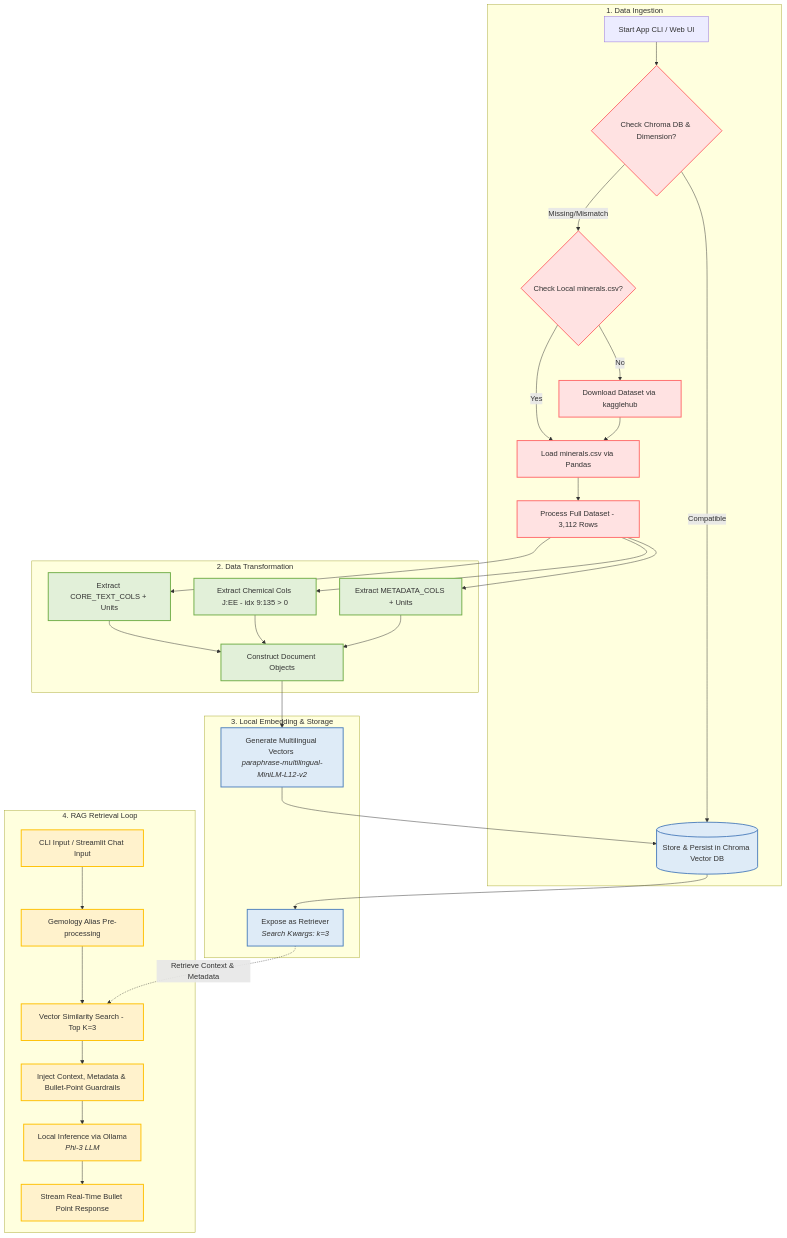
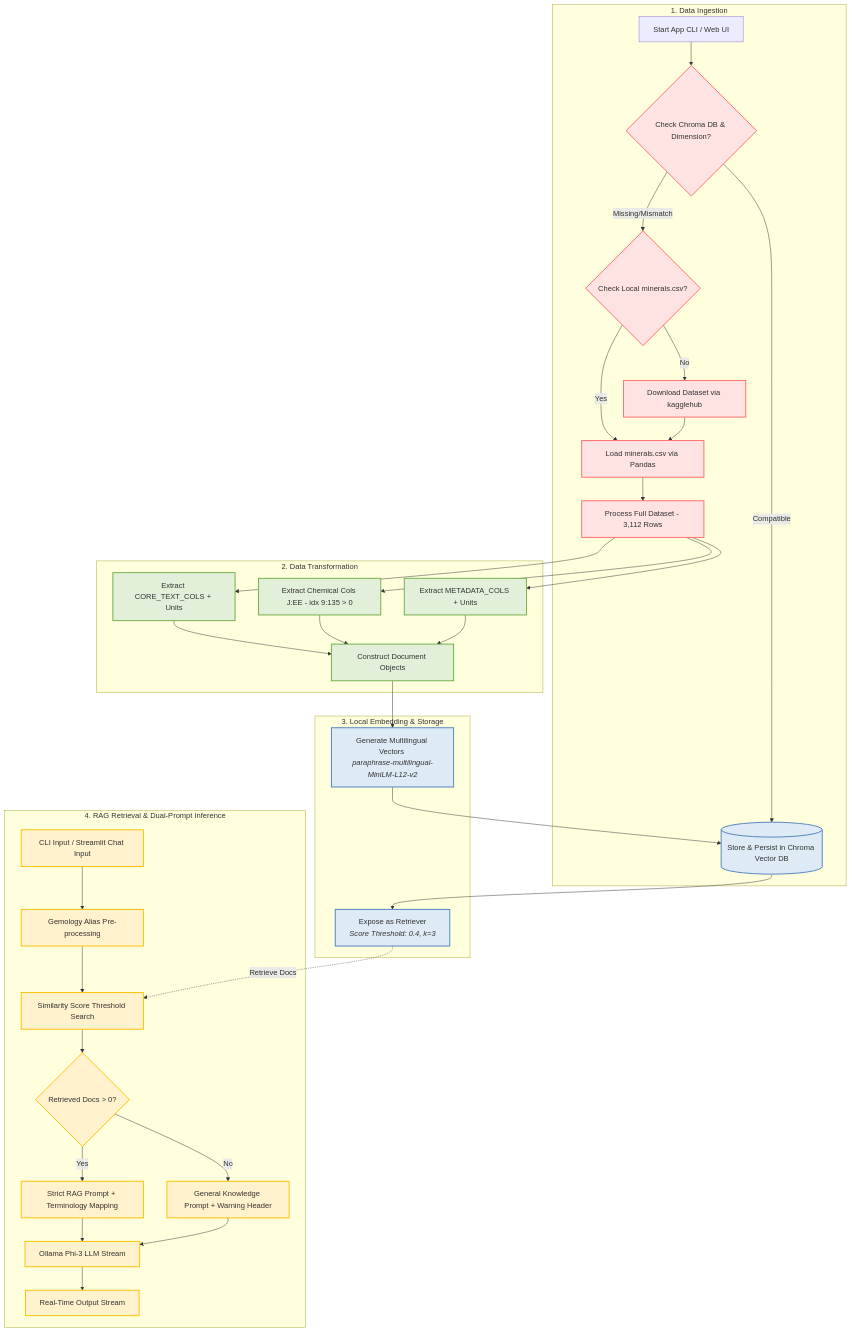
Before and after one commit to laura-chou/mineral-rag: the diagram in README.md, drawn with Mermaid. The commit also changed other lines of this file and 2 other files, not shown here.

Commit message:
Add similarity score threshold retriever (0.4) and conditional dual-prompt fallback logic in app.py and app_ui.py

````diff
--- a/README.md
+++ b/README.md
@@ -47,50 +50,53 @@
 ```mermaid
 graph TD
     %% System Styles
     classDef Ingestion fill:#FFE2E2,stroke:#FF6B6B,stroke-width:2px;
     classDef Transformation fill:#E2F0D9,stroke:#70AD47,stroke-width:2px;
     classDef Storage fill:#DEEBF7,stroke:#4F81BD,stroke-width:2px;
     classDef Inference fill:#FFF2CC,stroke:#FFC000,stroke-width:2px;
 
     %% Stage 1: Data Ingestion
     subgraph S1 [1. Data Ingestion]
         A[Start App CLI / Web UI] --> B{Check Chroma DB & Dimension?}
         B -- Compatible --> L
         B -- Missing/Mismatch --> C{Check Local minerals.csv?}
         C -- Yes --> D[Load minerals.csv via Pandas]
         C -- No --> E[Download Dataset via kagglehub]
         E --> D
         D --> F[Process Full Dataset - 3,112 Rows]
     end
     class B,C,D,E,F Ingestion;
 
     %% Stage 2: Data Transformation
     subgraph S2 [2. Data Transformation]
         F --> G[Extract CORE_TEXT_COLS + Units]
         F --> H[Extract Chemical Cols J:EE - idx 9:135 > 0]
         F --> I[Extract METADATA_COLS + Units]
         G --> J[Construct Document Objects]
         H --> J
         I --> J
     end
     class G,H,I,J Transformation;
 
     %% Stage 3: Local Embedding & Storage
     subgraph S3 [3. Local Embedding & Storage]
         J --> K[Generate Multilingual Vectors <br><i>paraphrase-multilingual-MiniLM-L12-v2</i>]
         K --> L[(Store & Persist in Chroma Vector DB)]
-        L --> M[Expose as Retriever <br><i>Search Kwargs: k=3</i>]
+        L --> M[Expose as Retriever <br><i>Score Threshold: 0.4, k=3</i>]
     end
     class K,L,M Storage;
 
-    %% Stage 4: RAG Retrieval & Inference
-    subgraph S4 [4. RAG Retrieval Loop]
+    %% Stage 4: Conditional Dual-Prompt Inference
+    subgraph S4 [4. RAG Retrieval & Dual-Prompt Inference]
         N[CLI Input / Streamlit Chat Input] --> O[Gemology Alias Pre-processing]
-        O --> P[Vector Similarity Search - Top K=3]
-        M -.->|Retrieve Context & Metadata| P
-        P --> Q[Inject Context, Metadata & Bullet-Point Guardrails]
-        Q --> R[Local Inference via Ollama <br><i>Phi-3 LLM</i>]
-        R --> S[Stream Real-Time Bullet Point Response]
+        O --> P[Similarity Score Threshold Search]
+        M -.->|Retrieve Docs| P
+        P --> Q{Retrieved Docs > 0?}
+        Q -- Yes --> R[Strict RAG Prompt + Terminology Mapping]
+        Q -- No --> S[General Knowledge Prompt + Warning Header]
+        R --> T[Ollama Phi-3 LLM Stream]
+        S --> T
+        T --> U[Real-Time Output Stream]
     end
-    class N,O,P,Q,R,S Inference;
+    class N,O,P,Q,R,S,T,U Inference;
 ```
````
